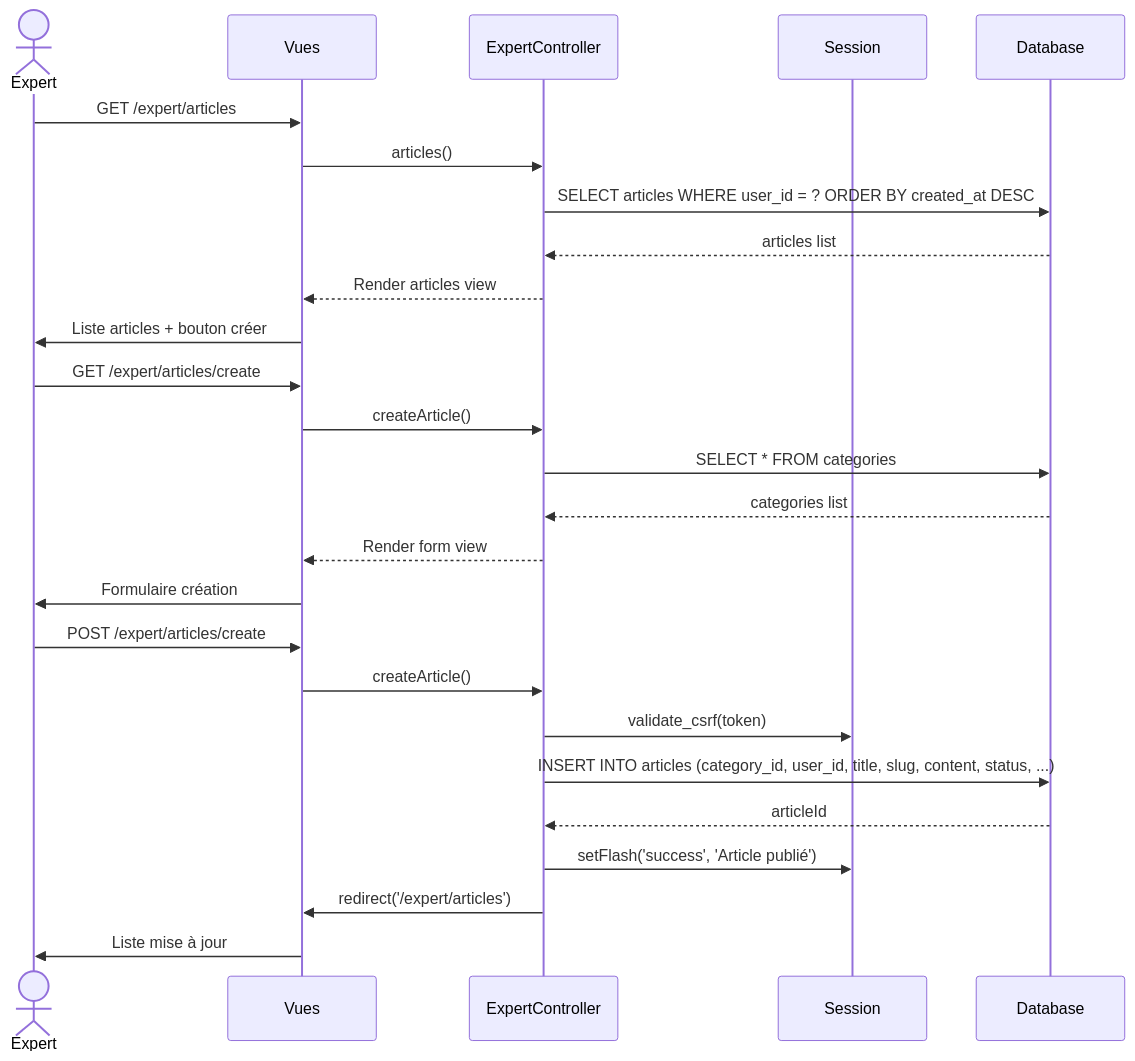
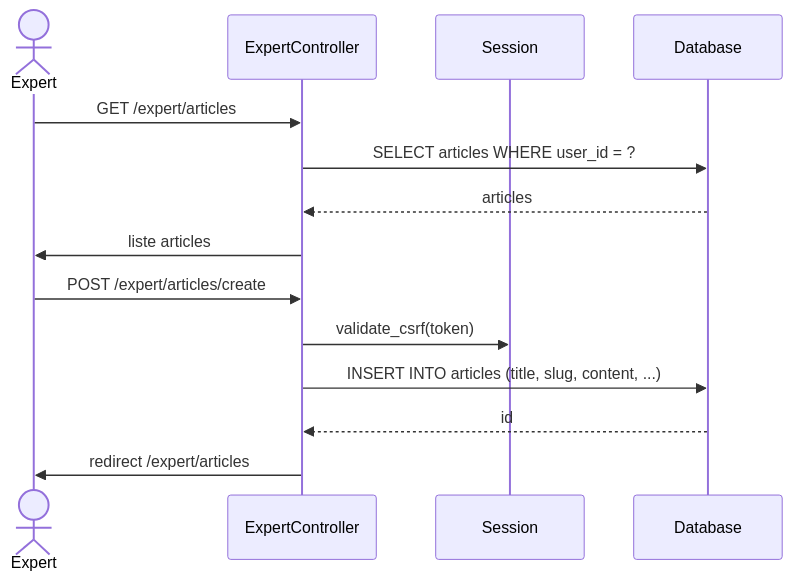
One commit to TheNeovimmer/lulu changed the tenth of 13 diagrams in docs/UML.md. Above: the diagram before and after it, drawn with Mermaid. The commit also changed other lines of this file, not shown here.

Commit message:
docs: simplify class + refine use-case diagrams per-role + general

````diff
--- a/docs/UML.md
+++ b/docs/UML.md
@@ -902,33 +395,18 @@
 ```mermaid
 sequenceDiagram
-  actor Expert
-  participant V as Vues
-  participant EC as ExpertController
+  actor E as Expert
+  participant C as ExpertController
   participant S as Session
   participant DB as Database
 
-  Expert->>V: GET /expert/articles
-  V->>EC: articles()
-  EC->>DB: SELECT articles WHERE user_id = ? ORDER BY created_at DESC
-  DB-->>EC: articles list
-  EC-->>V: Render articles view
-  V->>Expert: Liste articles + bouton créer
+  E->>C: GET /expert/articles
+  C->>DB: SELECT articles WHERE user_id = ?
+  DB-->>C: articles
+  C->>E: liste articles
 
-  Expert->>V: GET /expert/articles/create
-  V->>EC: createArticle()
-  EC->>DB: SELECT * FROM categories
-  DB-->>EC: categories list
-  EC-->>V: Render form view
-  V->>Expert: Formulaire création
-
-  Expert->>V: POST /expert/articles/create
-  V->>EC: createArticle()
-  EC->>S: validate_csrf(token)
-
-  EC->>DB: INSERT INTO articles (category_id, user_id, title, slug, content, status, ...)
-  DB-->>EC: articleId
-
-  EC->>S: setFlash('success', 'Article publié')
-  EC->>V: redirect('/expert/articles')
-  V->>Expert: Liste mise à jour
+  E->>C: POST /expert/articles/create
+  C->>S: validate_csrf(token)
+  C->>DB: INSERT INTO articles (title, slug, content, ...)
+  DB-->>C: id
+  C->>E: redirect /expert/articles
 ```
````
